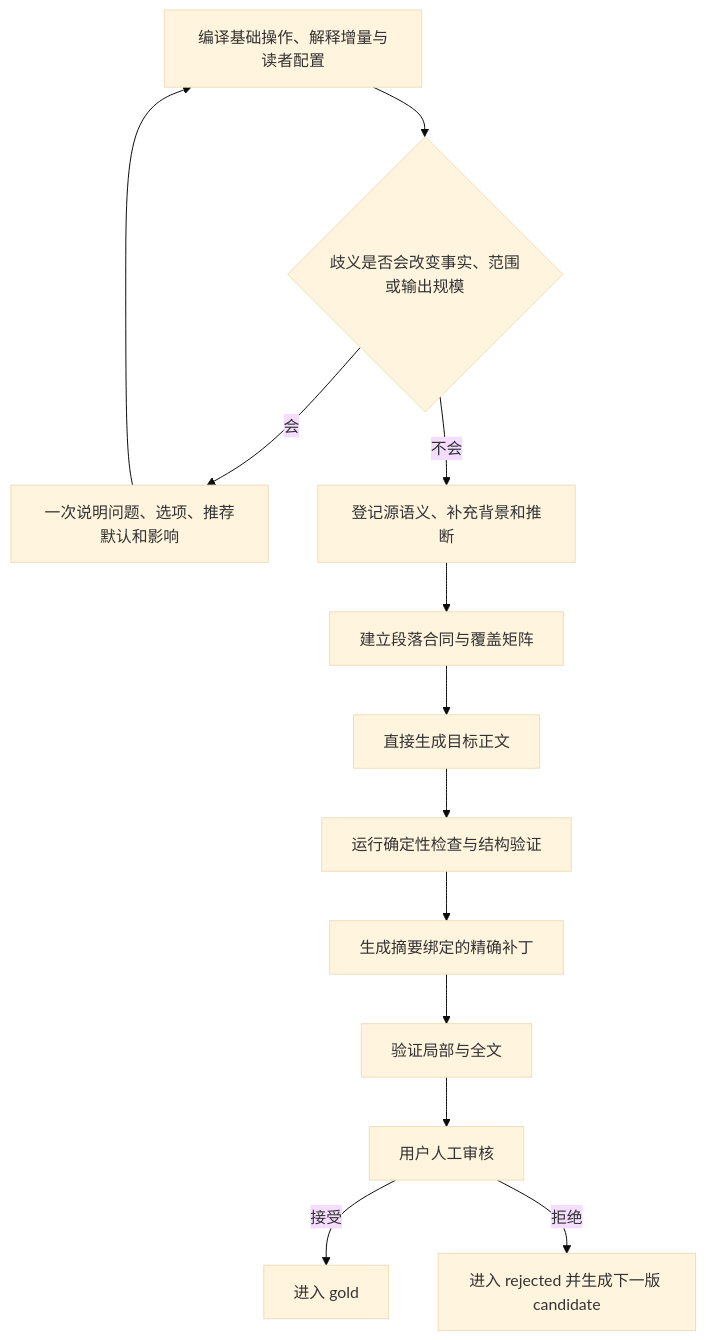
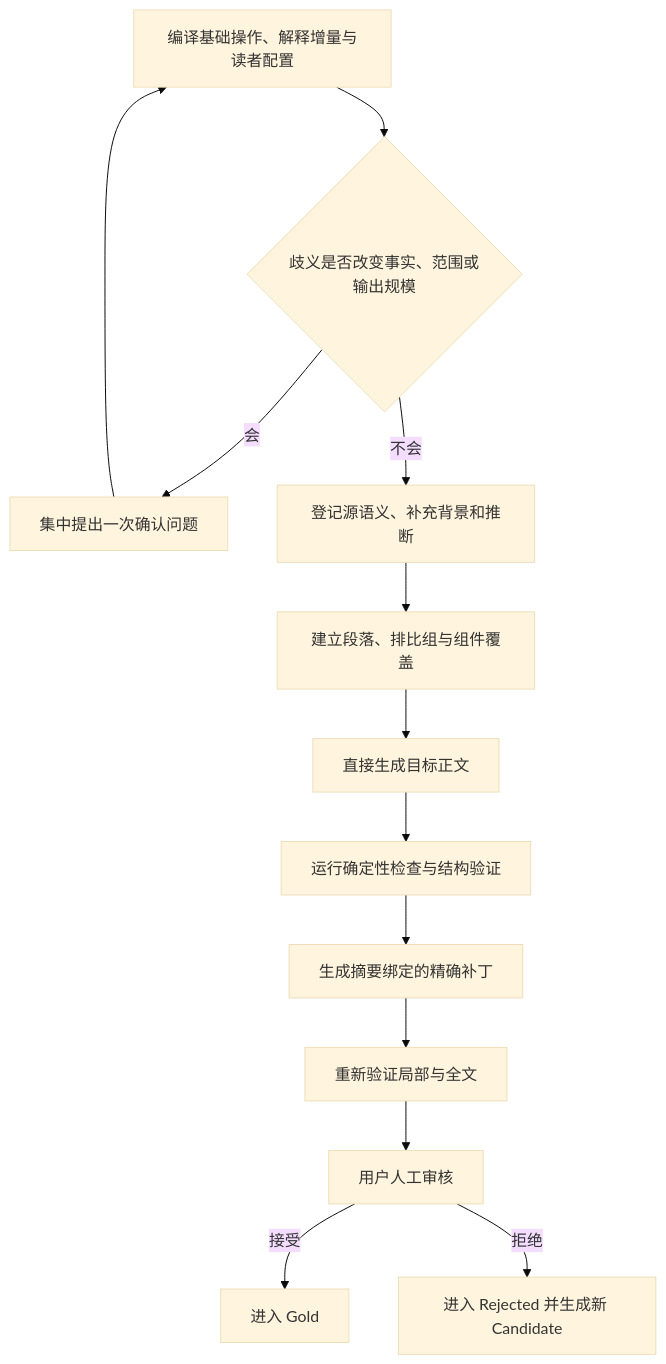
One commit to AIALRA-0/agent-human-readable-technical-writing changed the diagram in README.md. Above: the diagram before and after it, drawn with Mermaid (base theme). The commit also changed other lines of this file and 72 other files, not shown here.

````diff
--- a/README.md
+++ b/README.md
@@ -38,15 +39,15 @@
 ```mermaid
 flowchart TD
-    A["编译基础操作、解释增量与读者配置"] --> B{"歧义是否会改变事实、范围或输出规模"}
-    B -->|"会"| C["一次说明问题、选项、推荐默认和影响"]
+    A[编译基础操作、解释增量与读者配置] --> B{歧义是否改变事实、范围或输出规模}
+    B -->|会| C[集中提出一次确认问题]
     C --> A
-    B -->|"不会"| D["登记源语义、补充背景和推断"]
-    D --> E["建立段落合同与覆盖矩阵"]
-    E --> F["直接生成目标正文"]
-    F --> G["运行确定性检查与结构验证"]
-    G --> H["生成摘要绑定的精确补丁"]
-    H --> I["验证局部与全文"]
-    I --> J["用户人工审核"]
-    J -->|"接受"| K["进入 gold"]
-    J -->|"拒绝"| L["进入 rejected 并生成下一版 candidate"]
+    B -->|不会| D[登记源语义、补充背景和推断]
+    D --> E[建立段落、排比组与组件覆盖]
+    E --> F[直接生成目标正文]
+    F --> G[运行确定性检查与结构验证]
+    G --> H[生成摘要绑定的精确补丁]
+    H --> I[重新验证局部与全文]
+    I --> J[用户人工审核]
+    J -->|接受| K[进入 Gold]
+    J -->|拒绝| L[进入 Rejected 并生成新 Candidate]
 ```
````
